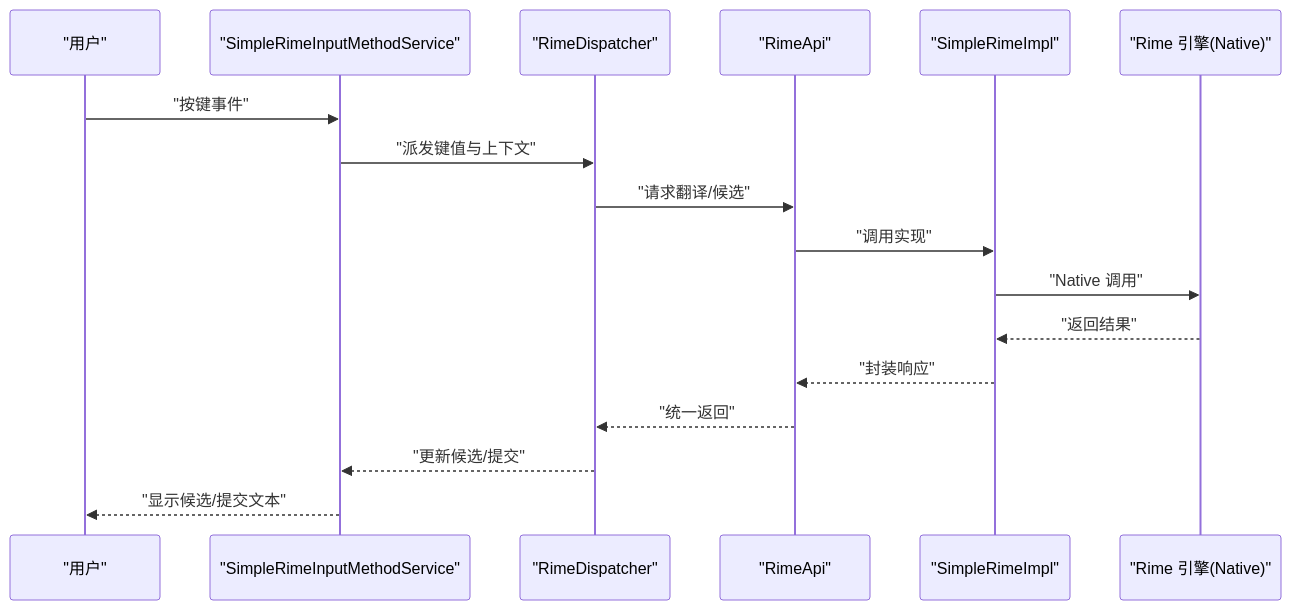
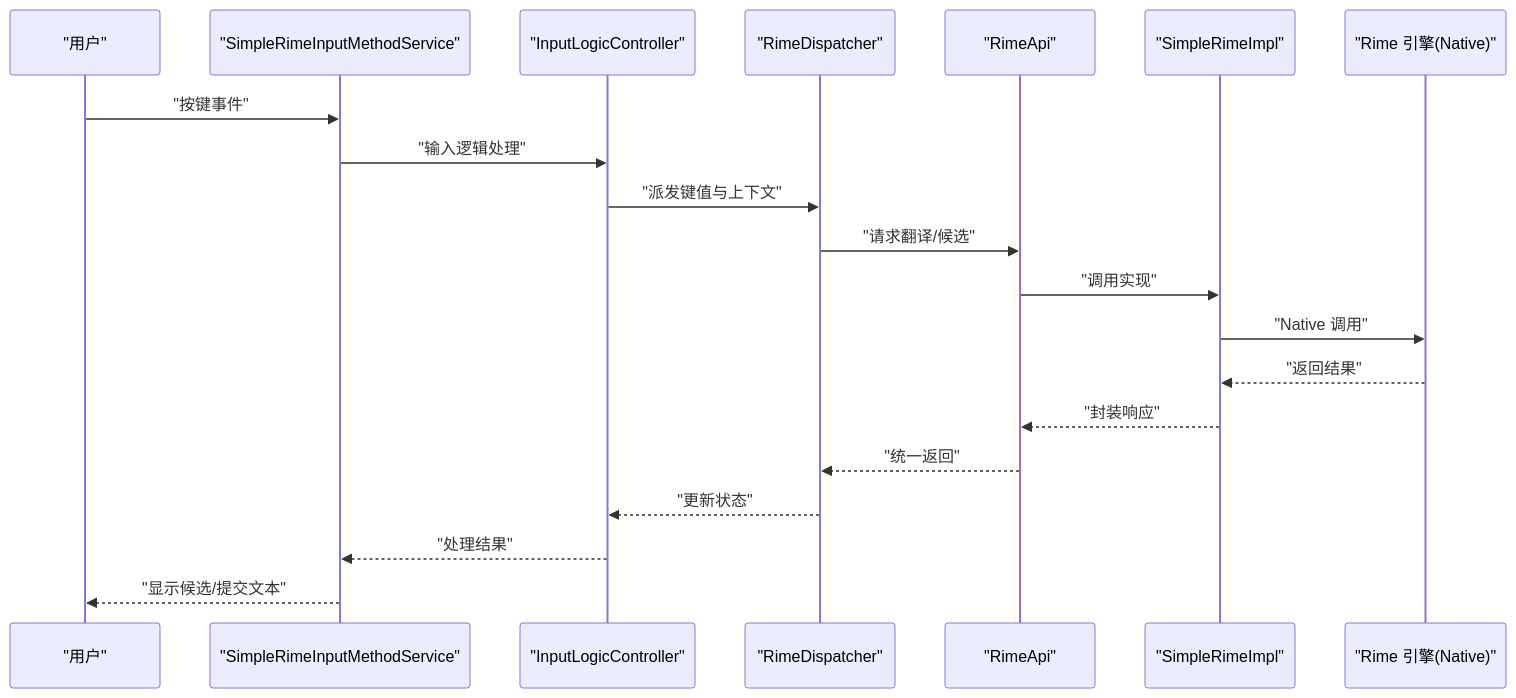
Before and after one commit to qiaodashaoye/ziyou-ime: the second of 3 diagrams in .qoder/repowiki/zh/content/测试指南/测试指南.md, drawn with Mermaid. The commit also changed other lines of this file and 14 other files, not shown here.

````diff
--- a/.qoder/repowiki/zh/content/测试指南/测试指南.md
+++ b/.qoder/repowiki/zh/content/测试指南/测试指南.md
@@ -89,19 +111,22 @@
 ```mermaid
 sequenceDiagram
 participant User as "用户"
 participant Service as "SimpleRimeInputMethodService"
+participant Controller as "InputLogicController"
 participant Dispatcher as "RimeDispatcher"
 participant Api as "RimeApi"
 participant Impl as "SimpleRimeImpl"
 participant Engine as "Rime 引擎(Native)"
 User->>Service : "按键事件"
-Service->>Dispatcher : "派发键值与上下文"
+Service->>Controller : "输入逻辑处理"
+Controller->>Dispatcher : "派发键值与上下文"
 Dispatcher->>Api : "请求翻译/候选"
 Api->>Impl : "调用实现"
 Impl->>Engine : "Native 调用"
 Engine-->>Impl : "返回结果"
 Impl-->>Api : "封装响应"
 Api-->>Dispatcher : "统一返回"
-Dispatcher-->>Service : "更新候选/提交"
+Dispatcher-->>Controller : "更新状态"
+Controller-->>Service : "处理结果"
 Service-->>User : "显示候选/提交文本"
 ```
````
